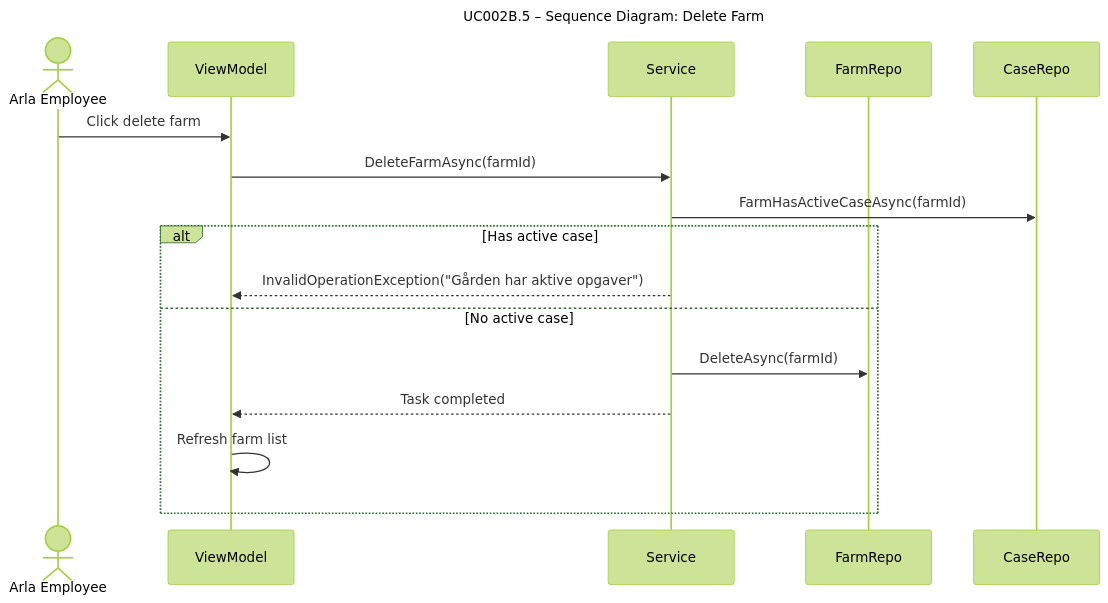
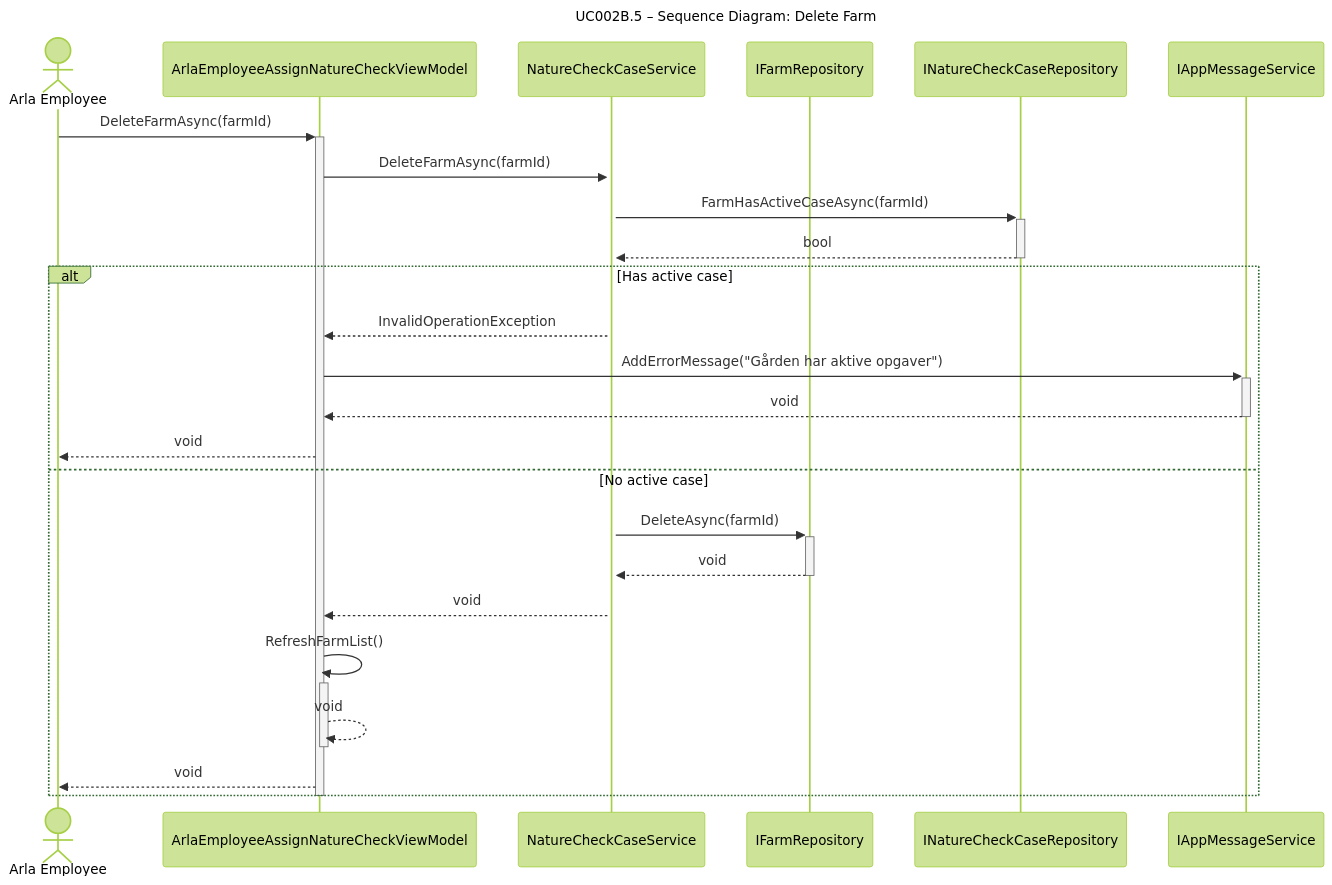
Before and after one commit to DMOoF25-TEAM11/ArlaNatureConnect: the diagram in docs/UseCase002B-AssignNatureCheckCase/UserStories/UC002B.5-DeleteFarm/UC002B.5-SD.md, drawn with Mermaid (forest theme). The commit also changed other lines of this file and 65 other files, not shown here.

Commit message:
Update of UML

````diff
--- a/docs/UseCase002B-AssignNatureCheckCase/UserStories/UC002B.5-DeleteFarm/UC002B.5-SD.md
+++ b/docs/UseCase002B-AssignNatureCheckCase/UserStories/UC002B.5-DeleteFarm/UC002B.5-SD.md
@@ -3,22 +11,33 @@
 ```mermaid
 sequenceDiagram
     title UC002B.5 – Sequence Diagram: Delete Farm
 
     actor ArlaEmployee as Arla Employee
-    participant ViewModel
-    participant Service
-    participant FarmRepo
-    participant CaseRepo
+    participant ViewModel as ArlaEmployeeAssignNatureCheckViewModel
+    participant Service as NatureCheckCaseService
+    participant FarmRepo as IFarmRepository
+    participant CaseRepo as INatureCheckCaseRepository
+    participant MsgService as IAppMessageService
 
-    ArlaEmployee ->> ViewModel: Click delete farm
-    ViewModel ->> Service: DeleteFarmAsync(farmId)
+    ArlaEmployee ->>+ ViewModel: DeleteFarmAsync(farmId)
+    ViewModel ->>+ Service: DeleteFarmAsync(farmId)
     
-    Service ->> CaseRepo: FarmHasActiveCaseAsync(farmId)
+    Service ->>+ CaseRepo: FarmHasActiveCaseAsync(farmId)
+    CaseRepo -->>- Service: bool
+    
     alt Has active case
-        Service -->> ViewModel: InvalidOperationException("Gården har aktive opgaver")
+        Service -->> ViewModel: InvalidOperationException
+        ViewModel ->>+ MsgService: AddErrorMessage("Gården har aktive opgaver")
+        MsgService -->>- ViewModel: void
+        ViewModel -->> ArlaEmployee: void
     else No active case
-        Service ->> FarmRepo: DeleteAsync(farmId)
-        Service -->> ViewModel: Task completed
-        ViewModel ->> ViewModel: Refresh farm list
+        Service ->>+ FarmRepo: DeleteAsync(farmId)
+        FarmRepo -->>- Service: void
+        Service -->> ViewModel: void
+        ViewModel ->>+ ViewModel: RefreshFarmList()
+        ViewModel -->>- ViewModel: void
+        ViewModel -->> ArlaEmployee: void
     end
+    
+    deactivate ViewModel
 ```
````
